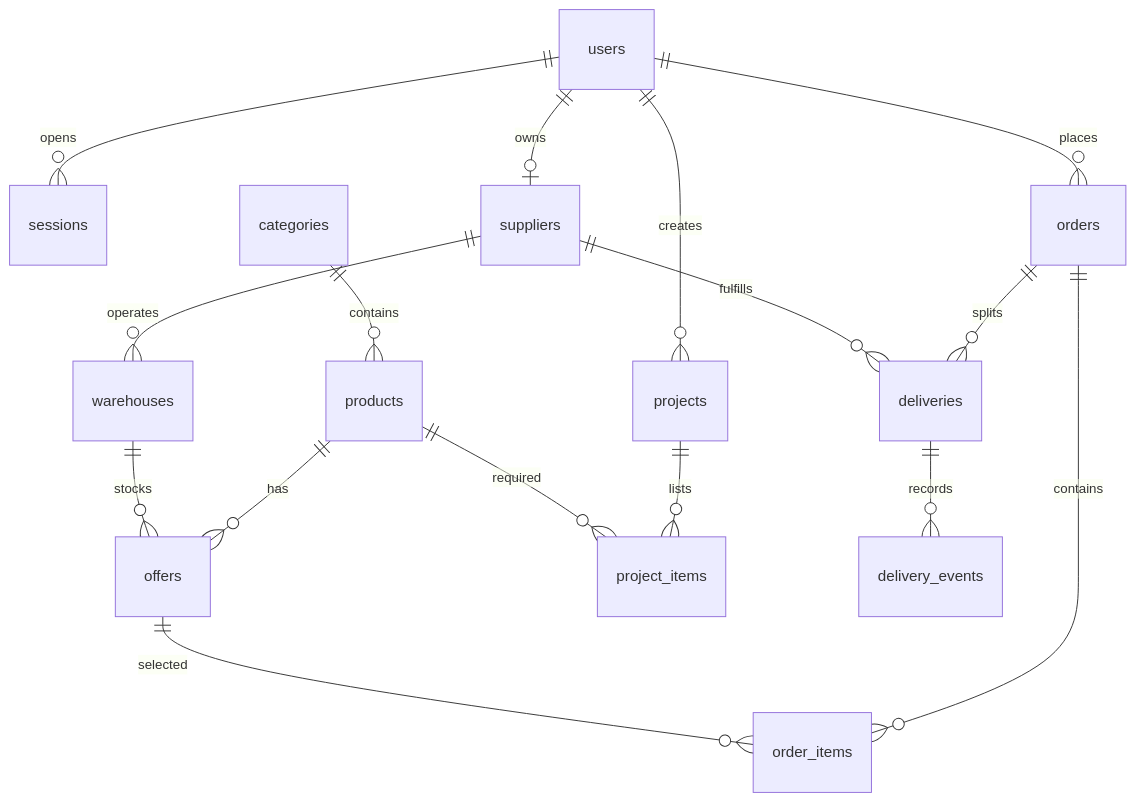
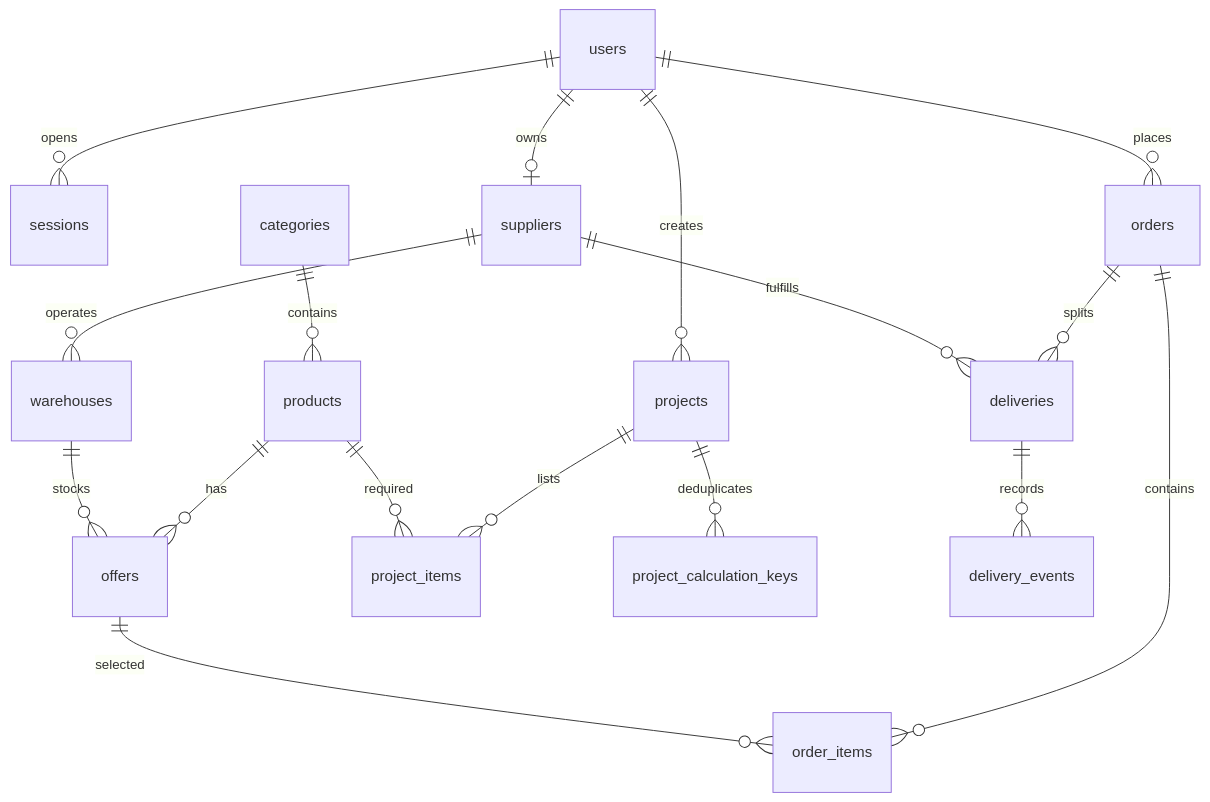
Before and after one commit to SleNdd/construction-supply-marketplace: the diagram in docs/DATA_MODEL.md, drawn with Mermaid. The commit also changed other lines of this file and 34 other files, not shown here.

````diff
--- a/docs/DATA_MODEL.md
+++ b/docs/DATA_MODEL.md
@@ -7,18 +7,19 @@
 ```mermaid
 erDiagram
     users ||--o{ sessions : opens
     users ||--o| suppliers : owns
     suppliers ||--o{ warehouses : operates
     categories ||--o{ products : contains
     products ||--o{ offers : has
     warehouses ||--o{ offers : stocks
     users ||--o{ projects : creates
     projects ||--o{ project_items : lists
     products ||--o{ project_items : required
+    projects ||--o{ project_calculation_keys : deduplicates
     users ||--o{ orders : places
     orders ||--o{ order_items : contains
     offers ||--o{ order_items : selected
     orders ||--o{ deliveries : splits
     suppliers ||--o{ deliveries : fulfills
     deliveries ||--o{ delivery_events : records
 ```
````
